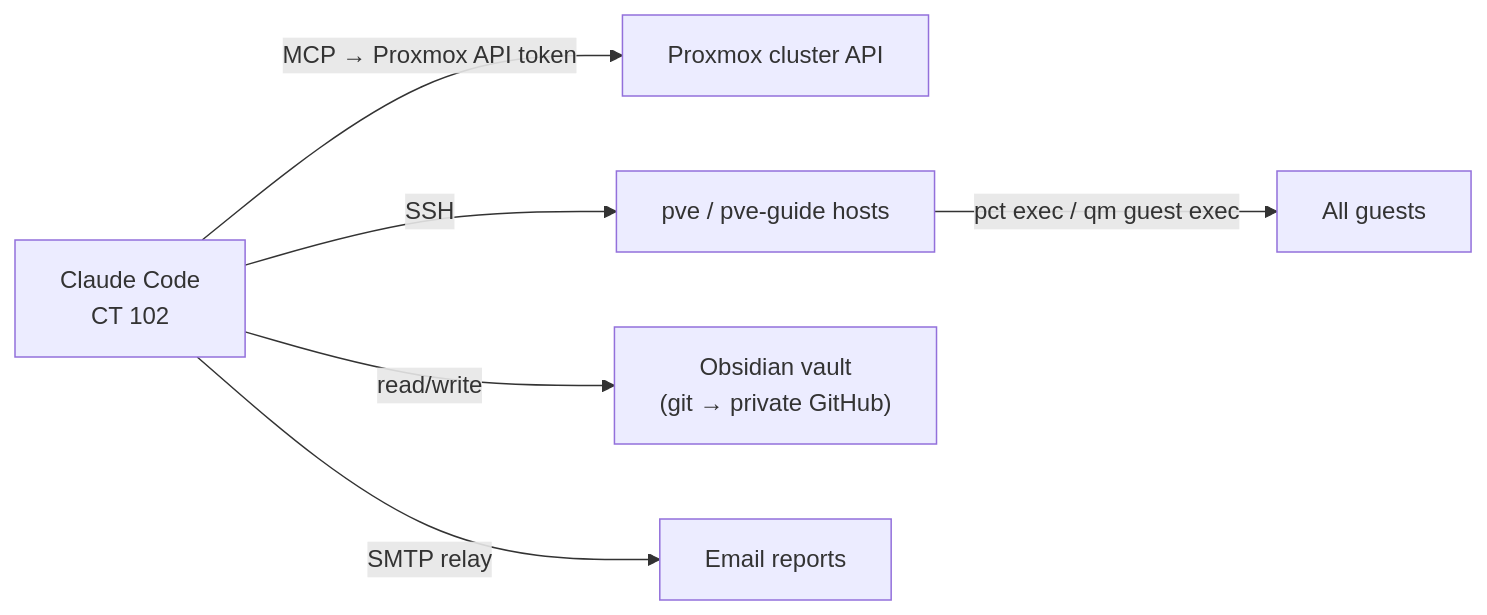
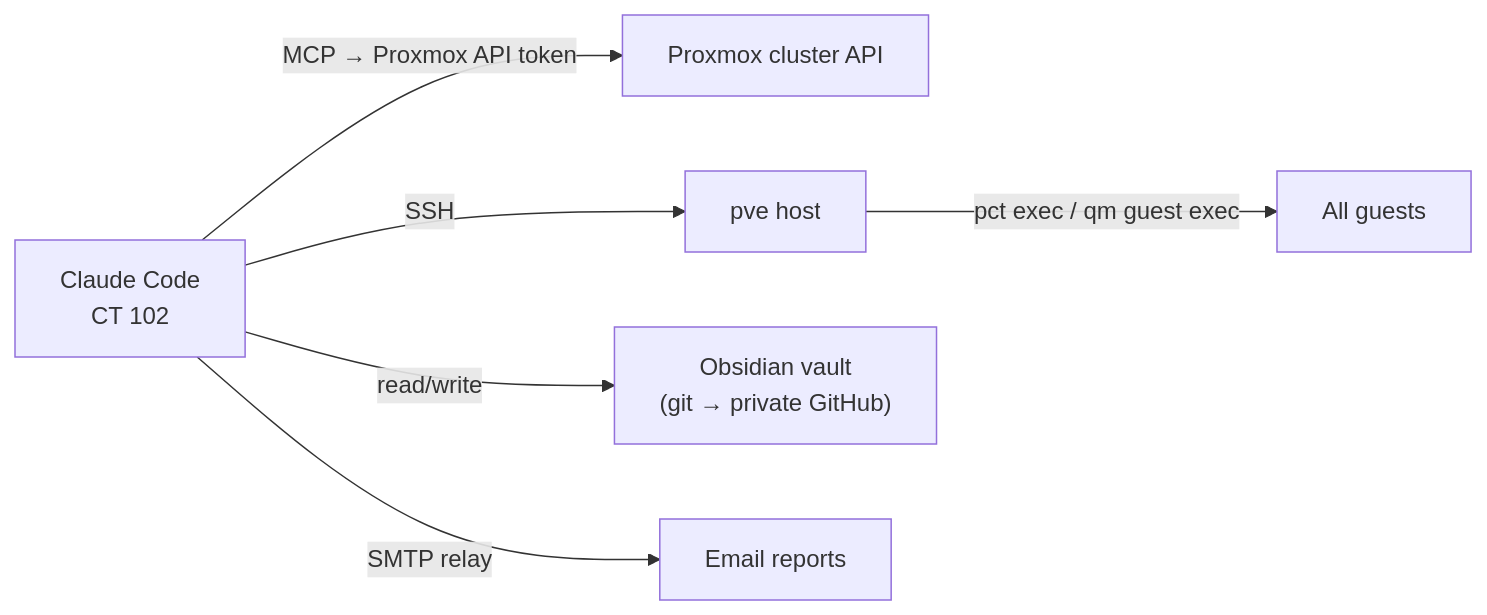
Before and after one commit to taylordbowers/homelab: the diagram in docs/services/automation/claude-agent.md, drawn with Mermaid. The commit also changed 25 other files, not shown here.

First line of the commit message:
Single-node layout: array moved into pve, pve-guide retired

````diff
--- a/docs/services/automation/claude-agent.md
+++ b/docs/services/automation/claude-agent.md
@@ -13,8 +13,8 @@
 ```mermaid
 graph LR
     Agent["Claude Code\nCT 102"] -->|MCP → Proxmox API token| PVE["Proxmox cluster API"]
-    Agent -->|SSH| Nodes["pve / pve-guide hosts"]
+    Agent -->|SSH| Nodes["pve host"]
     Nodes -->|pct exec / qm guest exec| Guests["All guests"]
     Agent -->|read/write| Vault["Obsidian vault\n(git → private GitHub)"]
     Agent -->|SMTP relay| Mail["Email reports"]
 ```
````
